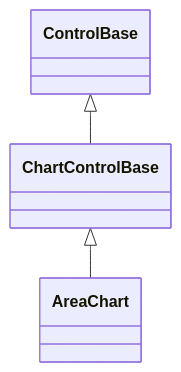
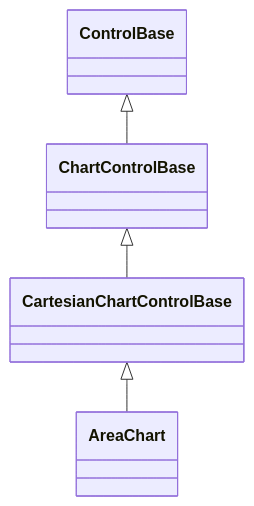
The diagram in docs/controls/charts/area-chart.md (pavkam/sharp-vision), drawn with Mermaid before and after one commit. The commit also changed other lines of this file and 42 other files, not shown here.

First line of the commit message:
feat(charts): add selection and polish chart rendering

````diff
--- a/docs/controls/charts/area-chart.md
+++ b/docs/controls/charts/area-chart.md
@@ -10,5 +10,6 @@
 ```mermaid
 classDiagram
     ControlBase <|-- ChartControlBase
-    ChartControlBase <|-- AreaChart
+    ChartControlBase <|-- CartesianChartControlBase
+    CartesianChartControlBase <|-- AreaChart
 ```
````
